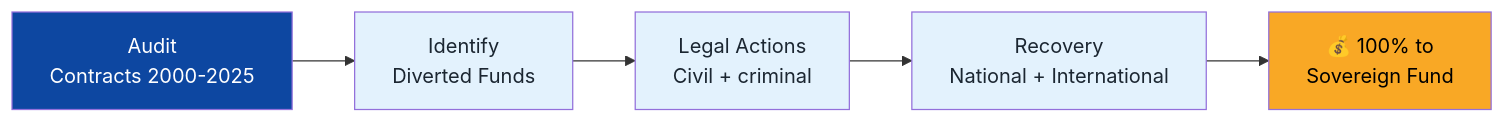
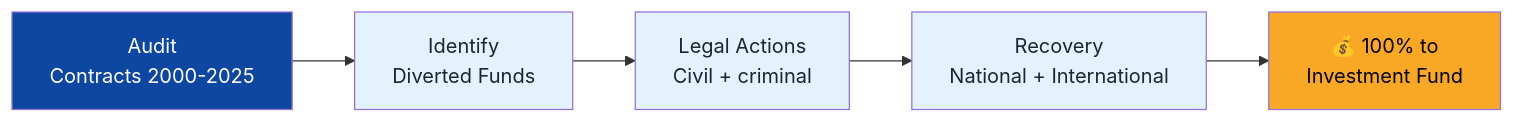
Before and after one commit to Venezuela-S-A/venezuela-sa: diagram 13 of 15 in i18n/en/docusaurus-plugin-content-docs/current/04-gobernanza/modelo-estado.md, drawn with Mermaid. The commit also changed other lines of this file and 4 other files, not shown here.

````diff
--- a/i18n/en/docusaurus-plugin-content-docs/current/04-gobernanza/modelo-estado.md
+++ b/i18n/en/docusaurus-plugin-content-docs/current/04-gobernanza/modelo-estado.md
@@ -683,12 +817,12 @@
 ```mermaid
 flowchart LR
     A["Audit<br/>Contracts 2000-2025"] --> B["Identify<br/>Diverted Funds"]
     B --> C["Legal Actions<br/>Civil + criminal"]
     C --> D["Recovery<br/>National + International"]
-    D --> E["💰 100% to<br/>Sovereign Fund"]
+    D --> E["💰 100% to<br/>Investment Fund"]
     style A fill:#0D47A1,color:#fff
     style B fill:#E3F2FD,color:#1B2631
     style C fill:#E3F2FD,color:#1B2631
     style D fill:#E3F2FD,color:#1B2631
     style E fill:#F9A825,color:#000
 ```
````
